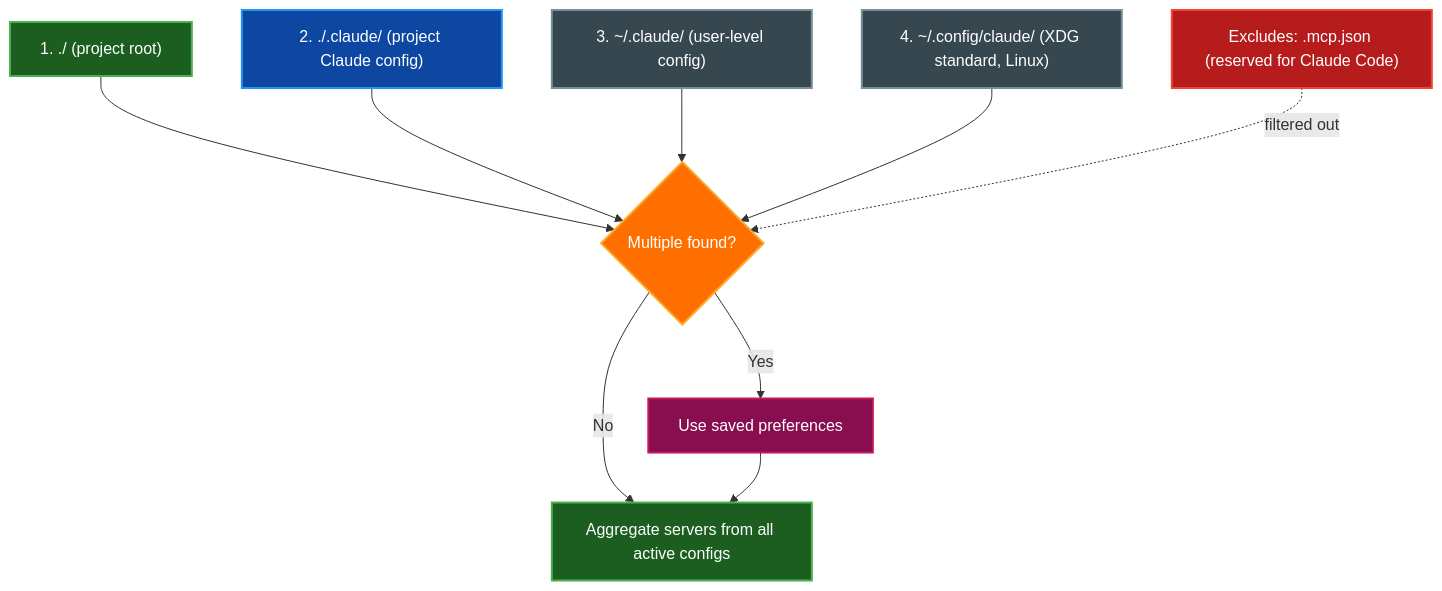
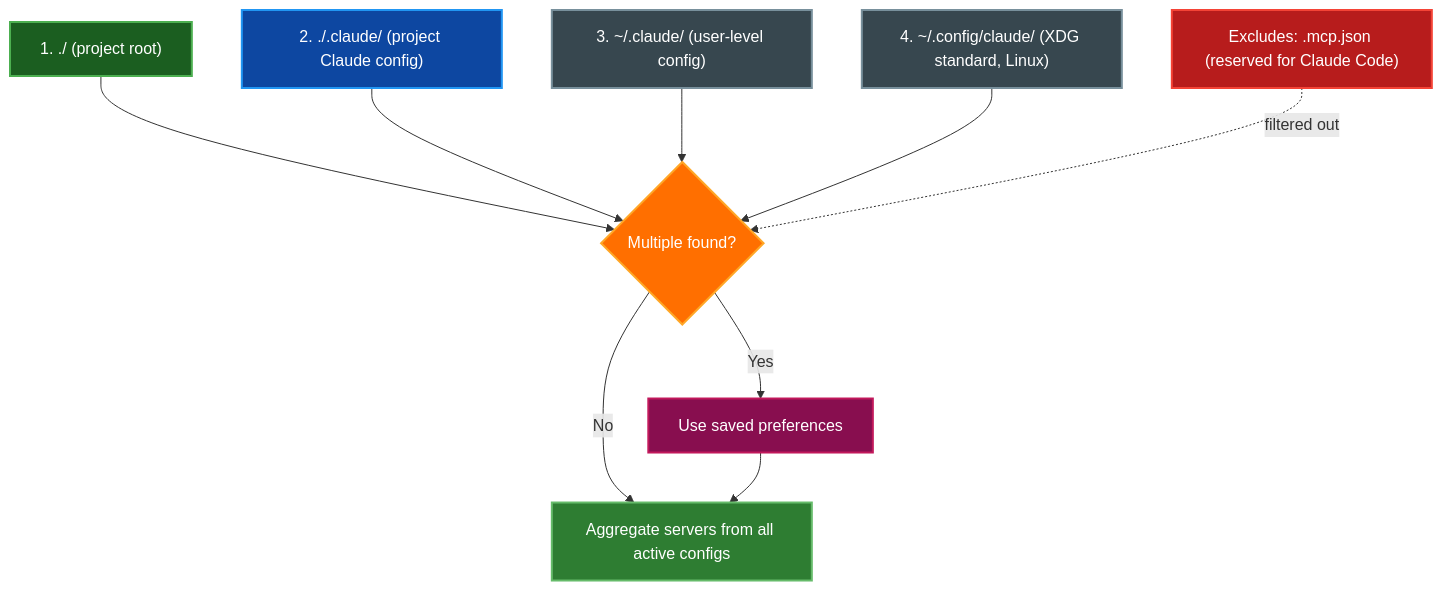
The third of 5 diagrams in docs/MCPL.md (paulrobello/parsidion), drawn with Mermaid before and after one commit. The commit also changed other lines of this file and 10 other files, not shown here.

````diff
--- a/docs/MCPL.md
+++ b/docs/MCPL.md
@@ -160,29 +171,36 @@
 ```mermaid
 graph TD
     P1["1. ./ (project root)"]
     P2["2. ./.claude/ (project Claude config)"]
     P3["3. ~/.claude/ (user-level config)"]
     P4["4. ~/.config/claude/ (XDG standard, Linux)"]
     Excl["Excludes: .mcp.json (reserved for Claude Code)"]
     Multi{Multiple found?}
     Saved[Use saved preferences]
     Load[Aggregate servers from all active configs]
 
     P1 --> Multi
     P2 --> Multi
     P3 --> Multi
     P4 --> Multi
     Excl -.->|filtered out| Multi
     Multi -->|Yes| Saved
     Multi -->|No| Load
     Saved --> Load
 
-    style P1 fill:#1b5e20,stroke:#4caf50,stroke-width:2px,color:#ffffff
-    style P2 fill:#0d47a1,stroke:#2196f3,stroke-width:2px,color:#ffffff
-    style P3 fill:#37474f,stroke:#78909c,stroke-width:2px,color:#ffffff
-    style P4 fill:#37474f,stroke:#78909c,stroke-width:2px,color:#ffffff
-    style Excl fill:#b71c1c,stroke:#f44336,stroke-width:2px,color:#ffffff
-    style Multi fill:#ff6f00,stroke:#ffa726,stroke-width:2px,color:#ffffff
-    style Saved fill:#880e4f,stroke:#c2185b,stroke-width:2px,color:#ffffff
-    style Load fill:#1b5e20,stroke:#4caf50,stroke-width:2px,color:#ffffff
+    class P1 active
+    class P2 data
+    class P3,P4 neutral
+    class Excl error
+    class Multi warning
+    class Saved storage
+    class Load success
+
+    classDef active fill:#1b5e20,stroke:#4caf50,stroke-width:2px,color:#ffffff
+    classDef data fill:#0d47a1,stroke:#2196f3,stroke-width:2px,color:#ffffff
+    classDef neutral fill:#37474f,stroke:#78909c,stroke-width:2px,color:#ffffff
+    classDef error fill:#b71c1c,stroke:#f44336,stroke-width:2px,color:#ffffff
+    classDef warning fill:#ff6f00,stroke:#ffa726,stroke-width:2px,color:#ffffff
+    classDef storage fill:#880e4f,stroke:#c2185b,stroke-width:2px,color:#ffffff
+    classDef success fill:#2e7d32,stroke:#66bb6a,stroke-width:2px,color:#ffffff
 ```
````
